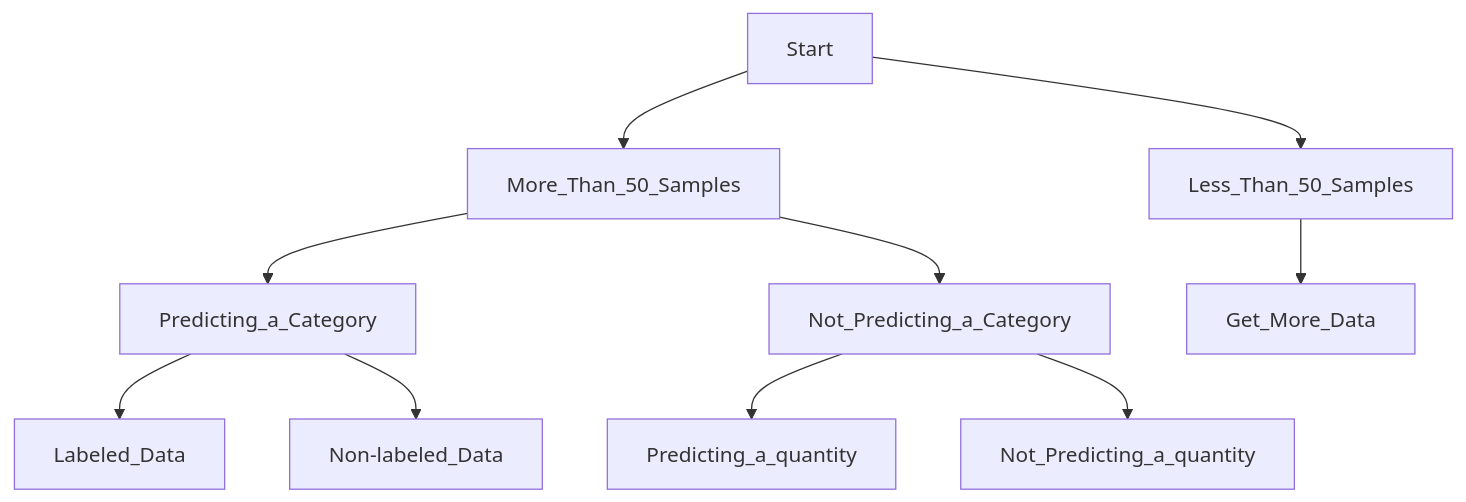
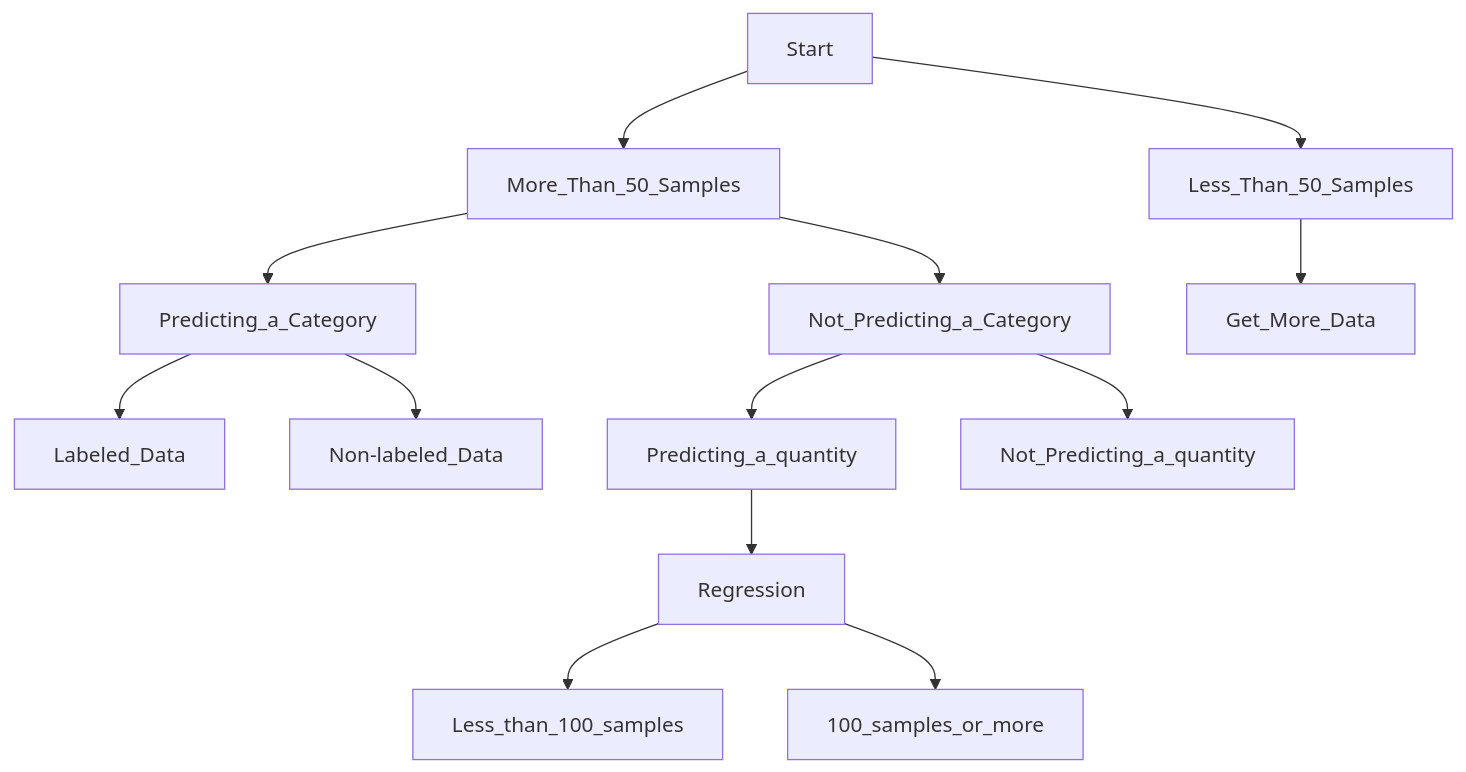
Before and after one commit to hwetsman/Public_Notes: the diagram in ML_Cheatsheet.md, drawn with Mermaid. The commit also changed other lines of this file, not shown here.

````diff
--- a/ML_Cheatsheet.md
+++ b/ML_Cheatsheet.md
@@ -1,23 +1,26 @@
 ```mermaid
 flowchart TD
 Start --> More_Than_50_Samples
   More_Than_50_Samples --> Predicting_a_Category
     Predicting_a_Category --> Labeled_Data
 
     
     Predicting_a_Category --> Non-labeled_Data
 
 
 
   More_Than_50_Samples --> Not_Predicting_a_Category
     Not_Predicting_a_Category --> Predicting_a_quantity
+      Predicting_a_quantity --> Regression
+        Regression --> Less_than_100_samples
+        Regression --> 100_samples_or_more
 
     
     Not_Predicting_a_Category --> Not_Predicting_a_quantity
 
 
 Start --> Less_Than_50_Samples
   Less_Than_50_Samples --> Get_More_Data
 
 
 ```
````
